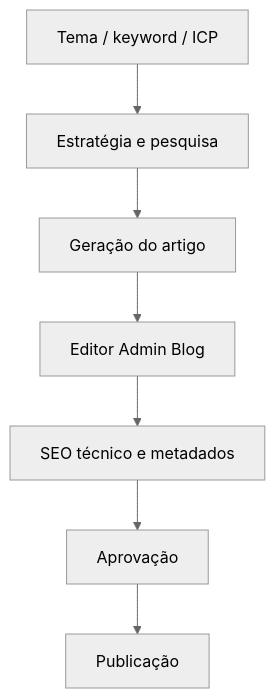
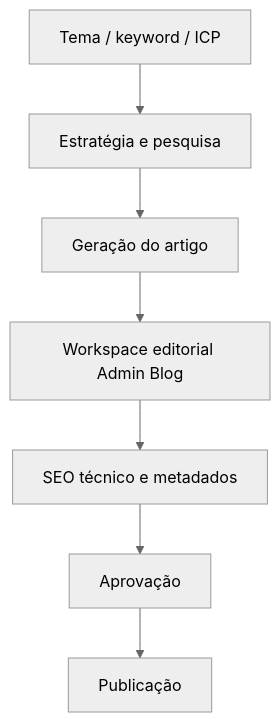
One commit to RafaellsAlmeida/lifetrek changed the second of 3 diagrams in docs/bmad-standard-documentation-pt.md. Above: the diagram before and after it, drawn with Mermaid (neutral theme). The commit also changed other lines of this file and 51 other files, not shown here.

````diff
--- a/docs/bmad-standard-documentation-pt.md
+++ b/docs/bmad-standard-documentation-pt.md
@@ -180,9 +180,9 @@
 ```mermaid
 flowchart TD
   Topic["Tema / keyword / ICP"] --> Strategy["Estratégia e pesquisa"]
   Strategy --> Draft["Geração do artigo"]
-  Draft --> Editor["Editor Admin Blog"]
+  Draft --> Editor["Workspace editorial Admin Blog"]
   Editor --> SEO["SEO técnico e metadados"]
   SEO --> Approval["Aprovação"]
   Approval --> Publish["Publicação"]
 ```
````
